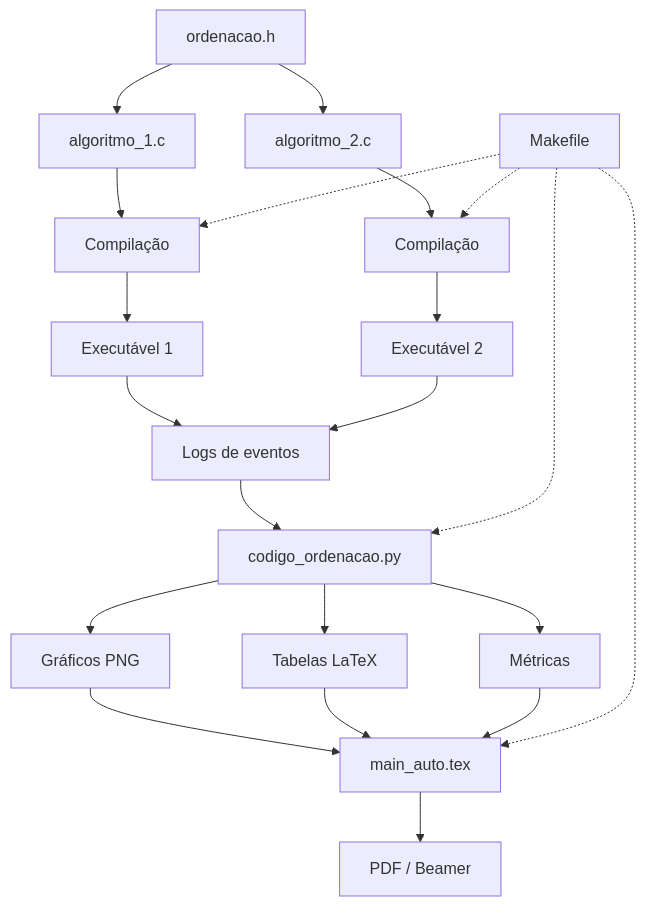
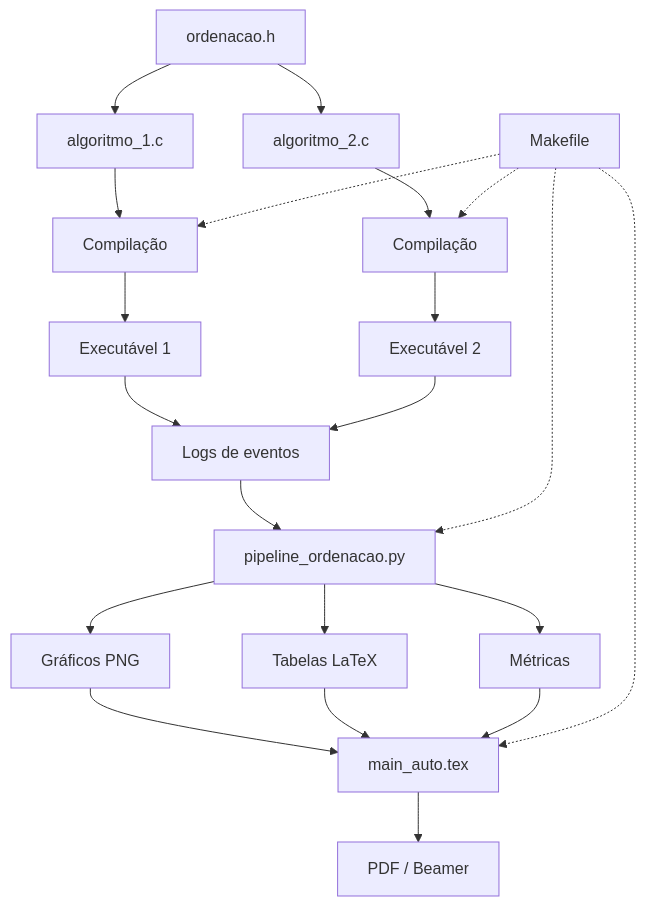
Before and after one commit to LuisVCSilva/NF2_EDBD: the second of 5 diagrams in seminario_metodos_ordenacao/README.md, drawn with Mermaid. The commit also changed other lines of this file and 3 other files, not shown here.

````diff
--- a/seminario_metodos_ordenacao/README.md
+++ b/seminario_metodos_ordenacao/README.md
@@ -52,33 +52,33 @@
 ```mermaid
 flowchart TD
     H["ordenacao.h"]
 
     H --> C1["algoritmo_1.c"]
     H --> C2["algoritmo_2.c"]
 
     C1 --> B1["Compilação"]
     C2 --> B2["Compilação"]
 
     B1 --> E1["Executável 1"]
     B2 --> E2["Executável 2"]
 
     E1 --> L["Logs de eventos"]
     E2 --> L
 
-    L --> PY["codigo_ordenacao.py"]
+    L --> PY["pipeline_ordenacao.py"]
 
     PY --> P["Gráficos PNG"]
     PY --> T["Tabelas LaTeX"]
     PY --> M["Métricas"]
 
     P --> TEX["main_auto.tex"]
     T --> TEX
     M --> TEX
 
     TEX --> PDF["PDF / Beamer"]
 
     MK["Makefile"] -.-> B1
     MK -.-> B2
     MK -.-> PY
     MK -.-> TEX
 ```
````
